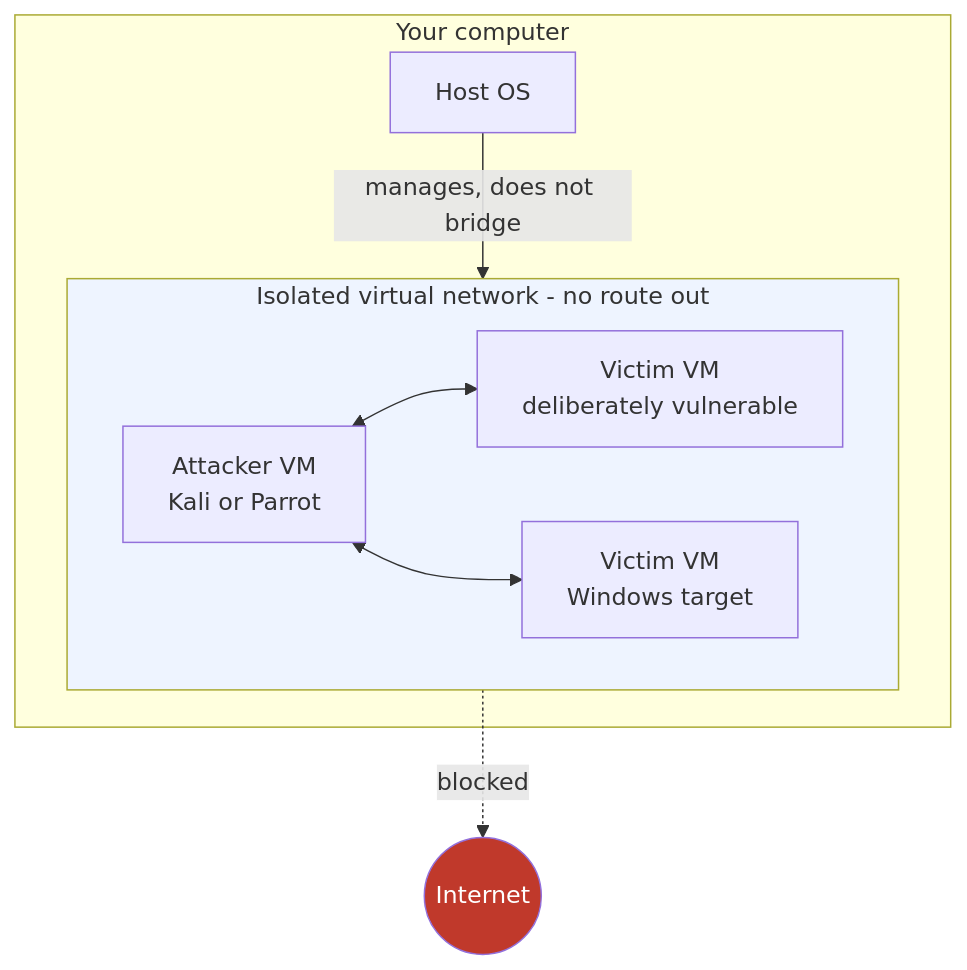
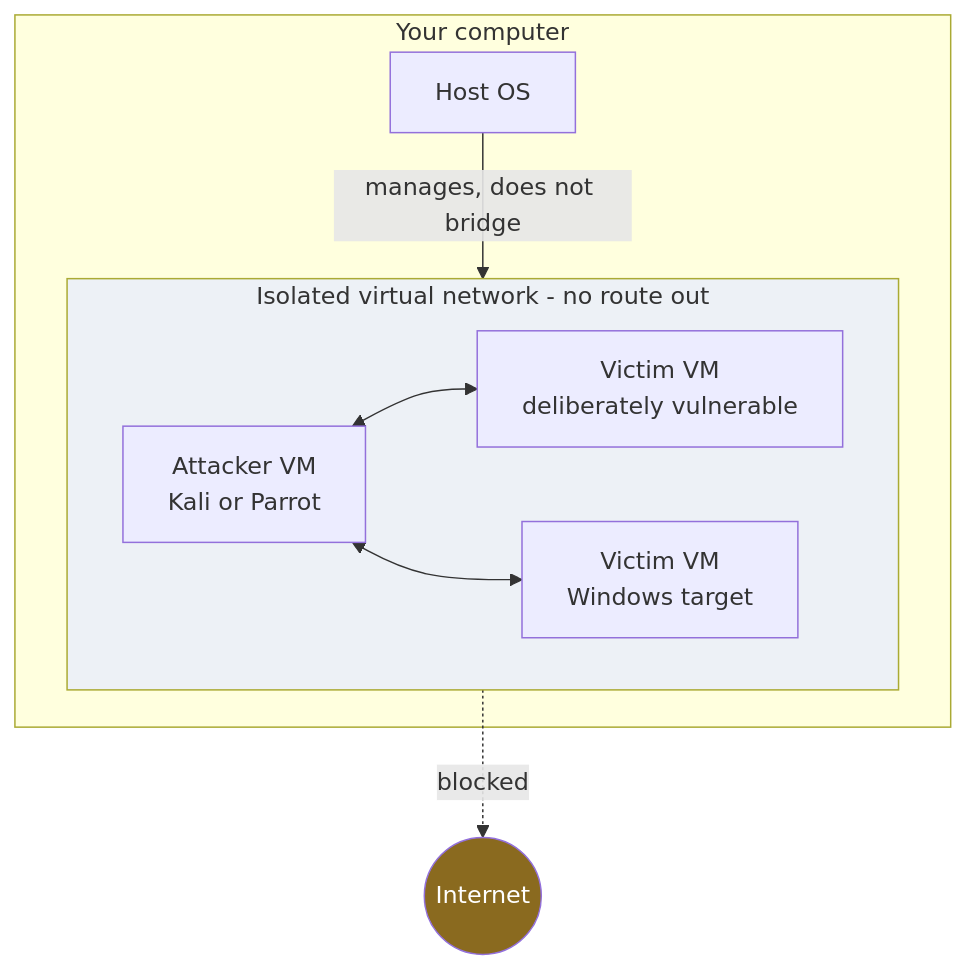
The diagram in lab/README.md (darkanalytica1/ethical-hacking-cheatsheet), drawn with Mermaid before and after one commit. The commit also changed 9 other files, not shown here.

````diff
--- a/lab/README.md
+++ b/lab/README.md
@@ -13,17 +13,17 @@
 ```mermaid
 flowchart TB
     subgraph HOST[Your computer]
         H[Host OS]
         subgraph LAB[Isolated virtual network - no route out]
             K[Attacker VM<br/>Kali or Parrot]
             V1[Victim VM<br/>deliberately vulnerable]
             V2[Victim VM<br/>Windows target]
         end
     end
     H -->|manages, does not bridge| LAB
     K <--> V1
     K <--> V2
     LAB -. blocked .-> NET((Internet))
-    style NET fill:#c0392b,color:#fff
-    style LAB fill:#eef4ff
+    style NET fill:#8a6a1f,color:#fff
+    style LAB fill:#edf1f6
 ```
````
